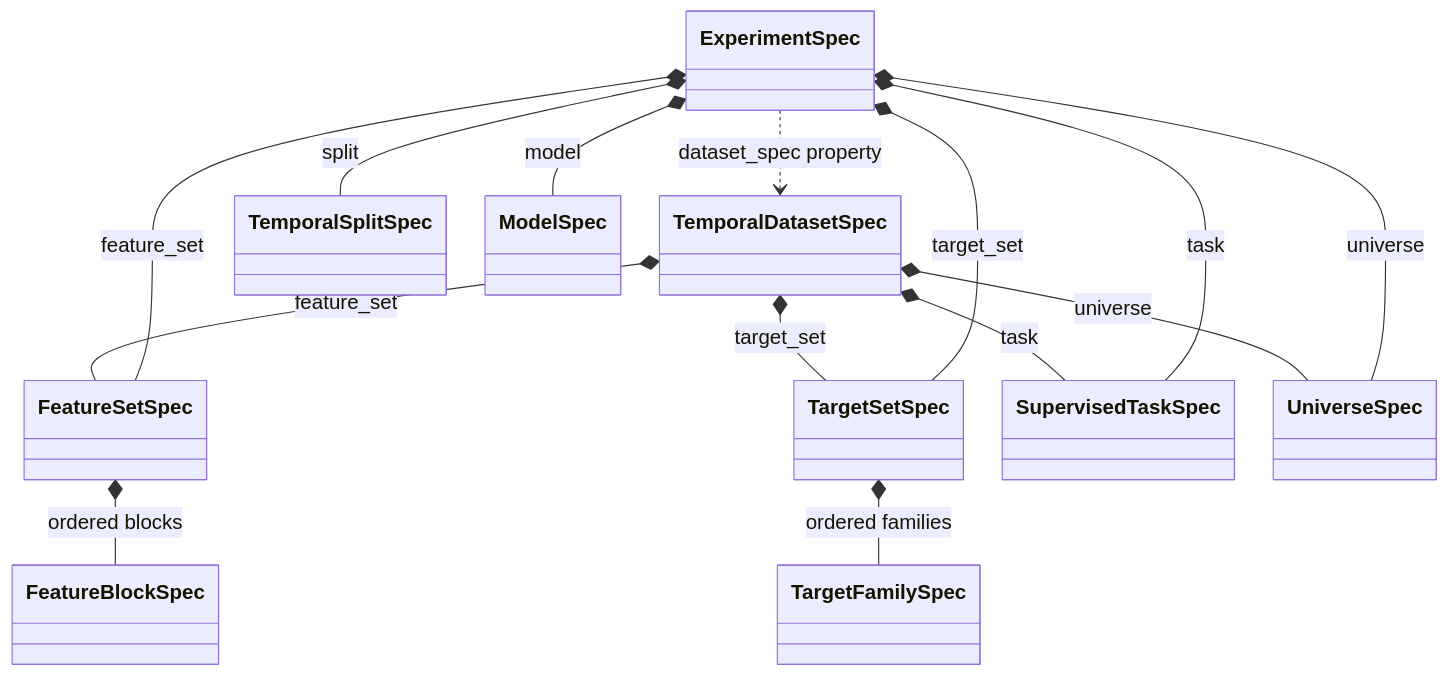
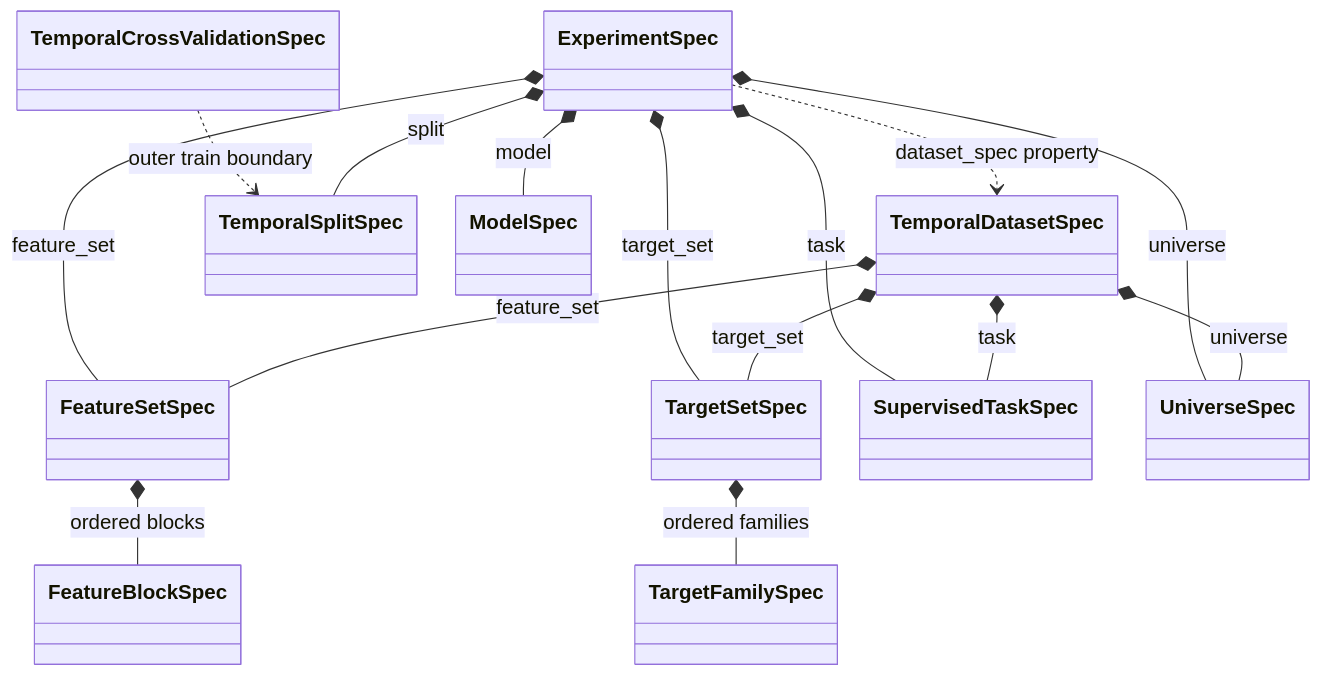
The first of 4 diagrams in docs/reference/modeling-object-model.md (Frallmeister/swingtrader-app), drawn with Mermaid before and after one commit. The commit also changed other lines of this file and 18 other files, not shown here.

First line of the commit message:
Support explicit model feature selection and train-only temporal cross-validation (#125)

````diff
--- a/docs/reference/modeling-object-model.md
+++ b/docs/reference/modeling-object-model.md
@@ -11,37 +11,39 @@
 ```mermaid
 %%{init: {"themeVariables": {"fontSize": "18px"}, "flowchart": {"nodeSpacing": 34, "rankSpacing": 48}}}%%
 classDiagram
     class FeatureBlockSpec
     class FeatureSetSpec
     class TargetFamilySpec
     class TargetSetSpec
     class SupervisedTaskSpec
     class UniverseSpec
     class TemporalDatasetSpec
     class TemporalSplitSpec
+    class TemporalCrossValidationSpec
     class ModelSpec
     class ExperimentSpec
 
     FeatureSetSpec *-- FeatureBlockSpec : ordered blocks
     TargetSetSpec *-- TargetFamilySpec : ordered families
     TemporalDatasetSpec *-- FeatureSetSpec : feature_set
     TemporalDatasetSpec *-- TargetSetSpec : target_set
     TemporalDatasetSpec *-- SupervisedTaskSpec : task
     TemporalDatasetSpec *-- UniverseSpec : universe
     ExperimentSpec *-- FeatureSetSpec : feature_set
     ExperimentSpec *-- TargetSetSpec : target_set
     ExperimentSpec *-- SupervisedTaskSpec : task
     ExperimentSpec *-- UniverseSpec : universe
     ExperimentSpec *-- TemporalSplitSpec : split
     ExperimentSpec *-- ModelSpec : model
+    TemporalCrossValidationSpec ..> TemporalSplitSpec : outer train boundary
     ExperimentSpec ..> TemporalDatasetSpec : dataset_spec property
 
     classDef feature fill:#e3f2fd,stroke:#1565c0
     classDef target fill:#f3e5f5,stroke:#6a1b9a
     classDef dataset fill:#e8f5e9,stroke:#2e7d32
     classDef experiment fill:#fff3e0,stroke:#ef6c00
     cssClass "FeatureBlockSpec,FeatureSetSpec" feature
     cssClass "TargetFamilySpec,TargetSetSpec,SupervisedTaskSpec" target
     cssClass "UniverseSpec,TemporalDatasetSpec" dataset
-    cssClass "TemporalSplitSpec,ModelSpec,ExperimentSpec" experiment
+    cssClass "TemporalSplitSpec,TemporalCrossValidationSpec,ModelSpec,ExperimentSpec" experiment
 ```
````
